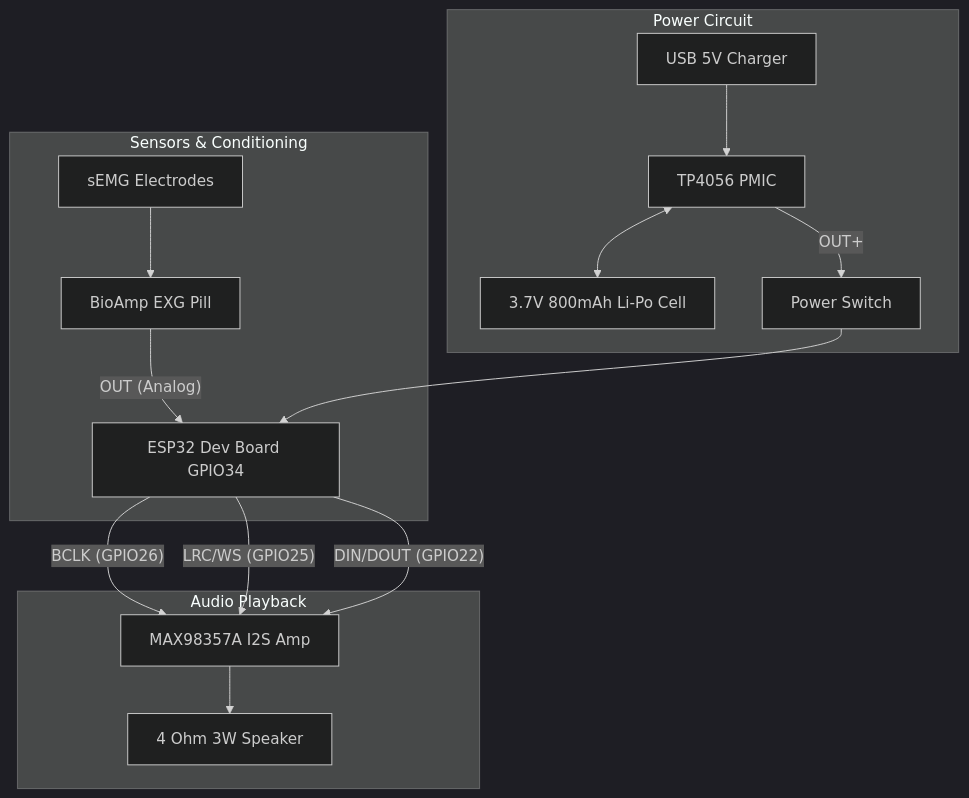
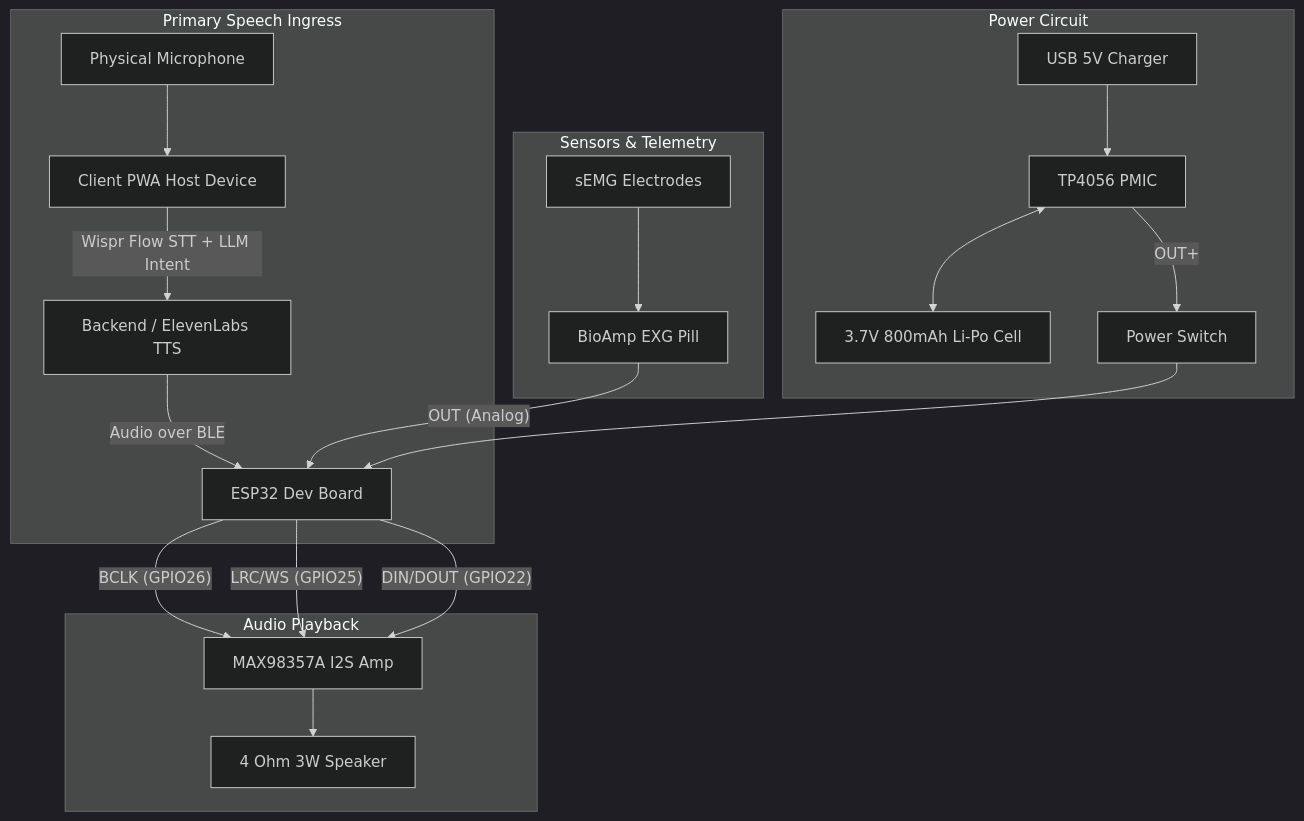
Before and after one commit to srividya1004/voiceback: the diagram in docs/HARDWARE.md, drawn with Mermaid (dark theme). The commit also changed other lines of this file and 124 other files, not shown here.

````diff
--- a/docs/HARDWARE.md
+++ b/docs/HARDWARE.md
@@ -41,20 +48,26 @@
 ```mermaid
 graph TD
-    subgraph Sensors & Conditioning
+    subgraph Primary Speech Ingress
+        MIC[Physical Microphone] --> HOST[Client PWA Host Device]
+        HOST -- Wispr Flow STT + LLM Intent --> CLOUD[Backend / ElevenLabs TTS]
+        CLOUD -- Audio over BLE --> MCU[ESP32 Dev Board]
+    end
+
+    subgraph Sensors & Telemetry
         E1[sEMG Electrodes] --> E2[BioAmp EXG Pill]
-        E2 -- OUT (Analog) --> MCU[ESP32 Dev Board GPIO34]
+        E2 -- OUT (Analog) --> MCU
     end
 
     subgraph Audio Playback
         MCU -- BCLK (GPIO26) --> AMP[MAX98357A I2S Amp]
         MCU -- LRC/WS (GPIO25) --> AMP
         MCU -- DIN/DOUT (GPIO22) --> AMP
         AMP --> SPK[4 Ohm 3W Speaker]
     end
 
     subgraph Power Circuit
         USB[USB 5V Charger] --> CHG[TP4056 PMIC]
         CHG <--> BAT[3.7V 800mAh Li-Po Cell]
         CHG -- OUT+ --> SW[Power Switch] --> MCU
     end
 ```
````
